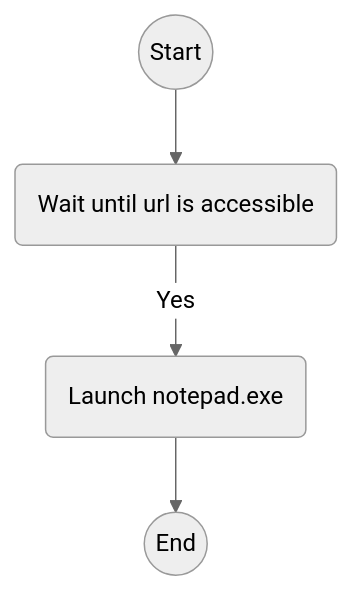
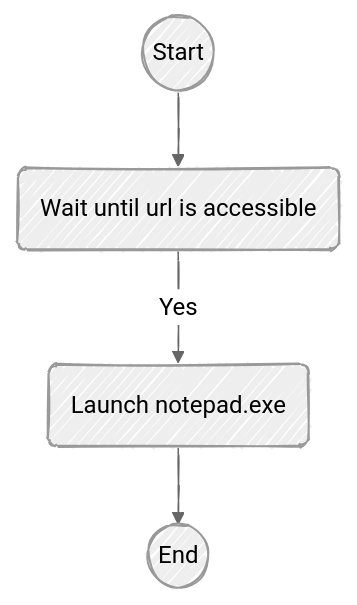
Before and after one commit to kumarstack55/PSStartProcessAfter: the first of 4 diagrams in README.md, drawn with Mermaid (neutral theme). The commit also changed other lines of this file, not shown here.

````diff
--- a/README.md
+++ b/README.md
@@ -82,8 +82,12 @@
 ```mermaid
+---
+config:
+  look: handDrawn
+---
 flowchart TB
 
 start1(("Start"))
 --> wailtUntil1("Wait until url is accessible")
 -->|"Yes"| action1(Launch notepad.exe)
 --> end1(("End"))
 ```
````
